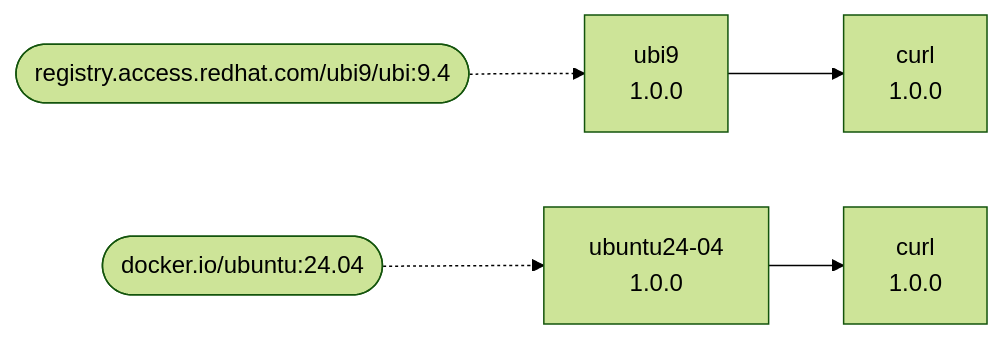
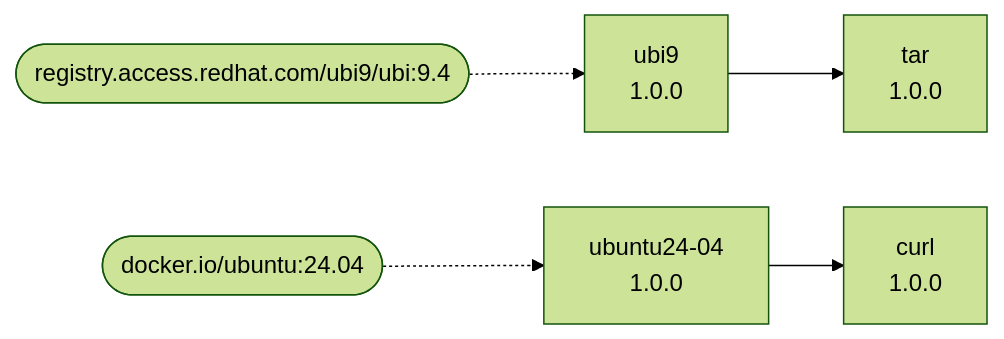
The diagram in README.md (franco-martin/ITB-demo-project), drawn with Mermaid (forest theme) before and after one commit. The commit also changed other lines of this file and 3 other files, not shown here.

Commit message:
replace curl with tar image

````diff
--- a/README.md
+++ b/README.md
@@ -7,17 +7,17 @@
 ```mermaid
 flowchart LR
     img_ubi9["ubi9<br/>1.0.0"]
     src_registry_access_redhat_com_ubi9_ubi_9_4(["registry.access.redhat.com/ubi9/ubi:9.4"])
-    img_ubi9_curl["curl<br/>1.0.0"]
+    img_ubi9_tar["tar<br/>1.0.0"]
     img_ubuntu24_04["ubuntu24-04<br/>1.0.0"]
     src_docker_io_ubuntu_24_04(["docker.io/ubuntu:24.04"])
     img_ubuntu24_04_curl["curl<br/>1.0.0"]
     src_registry_access_redhat_com_ubi9_ubi_9_4 -.-> img_ubi9
-    img_ubi9 --> img_ubi9_curl
+    img_ubi9 --> img_ubi9_tar
     src_docker_io_ubuntu_24_04 -.-> img_ubuntu24_04
     img_ubuntu24_04 --> img_ubuntu24_04_curl
     click img_ubi9 href "https://github.com/franco-martin/ITB-demo-project/blob/HEAD/images/ubi9/Containerfile" "Open Containerfile"
-    click img_ubi9_curl href "https://github.com/franco-martin/ITB-demo-project/blob/HEAD/images/ubi9/curl/Containerfile" "Open Containerfile"
+    click img_ubi9_tar href "https://github.com/franco-martin/ITB-demo-project/blob/HEAD/images/ubi9/tar/Containerfile" "Open Containerfile"
     click img_ubuntu24_04 href "https://github.com/franco-martin/ITB-demo-project/blob/HEAD/images/ubuntu24-04/Containerfile" "Open Containerfile"
     click img_ubuntu24_04_curl href "https://github.com/franco-martin/ITB-demo-project/blob/HEAD/images/ubuntu24-04/curl/Containerfile" "Open Containerfile"
 ```
````
